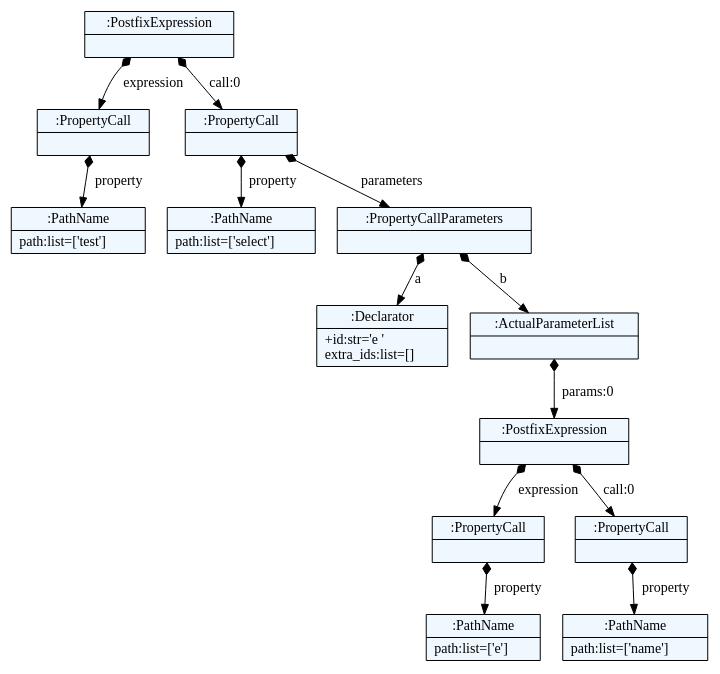
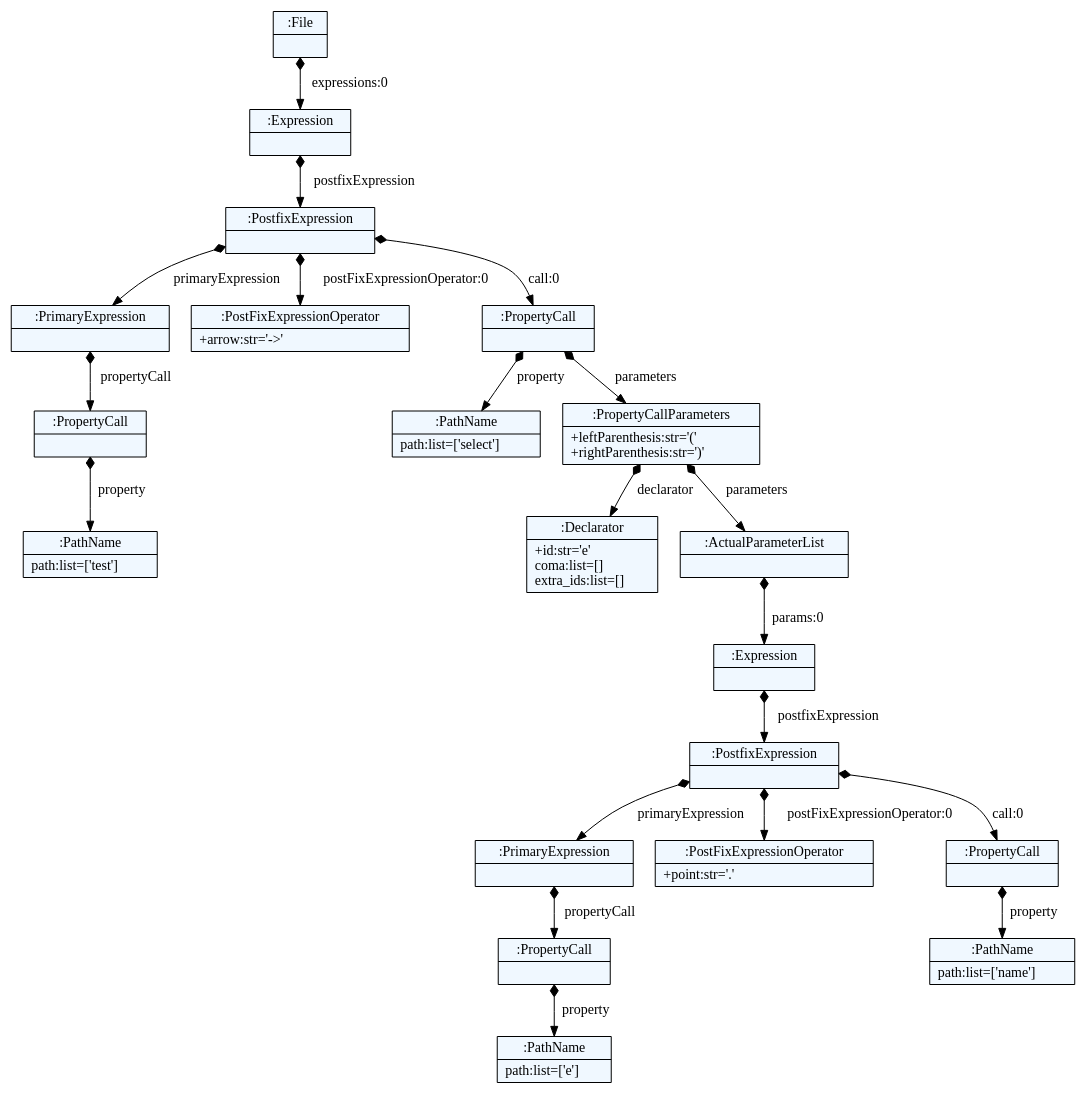
One commit to Beuchey/OCL_Python changed the diagram in Transpilation/expression.ocl.dot. Above: the diagram before and after it, drawn with Graphviz. The commit also changed 4 other files, not shown here.

```diff
--- a/Transpilation/expression.ocl.dot
+++ b/Transpilation/expression.ocl.dot
@@ -1,40 +1,54 @@
 
     digraph xtext {
     fontname = "Bitstream Vera Sans"
     fontsize = 8
     node[
         shape=record,
         style=filled,
         fillcolor=aliceblue
     ]
     nodesep = 0.3
     edge[dir=black,arrowtail=empty]
 
 
-38314128 -> 38317808 [label="expression" arrowtail=diamond dir=both]
-38317808 -> 38315760 [label="property" arrowtail=diamond dir=both]
-38315760[label="{:PathName|path:list=['test']\l}"]
-38317808[label="{:PropertyCall|}"]
-38314128 -> 38315600 [label="call:0" arrowtail=diamond dir=both]
-38315600 -> 38315888 [label="property" arrowtail=diamond dir=both]
-38315888[label="{:PathName|path:list=['select']\l}"]
-38315600 -> 38316176 [label="parameters" arrowtail=diamond dir=both]
-38316176 -> 38316272 [label="a" arrowtail=diamond dir=both]
-38316272[label="{:Declarator|+id:str='e '\lextra_ids:list=[]\l}"]
-38316176 -> 38316528 [label="b" arrowtail=diamond dir=both]
-38316528 -> 38316560 [label="params:0" arrowtail=diamond dir=both]
-38316560 -> 38316624 [label="expression" arrowtail=diamond dir=both]
-38316624 -> 38316976 [label="property" arrowtail=diamond dir=both]
-38316976[label="{:PathName|path:list=['e']\l}"]
-38316624[label="{:PropertyCall|}"]
-38316560 -> 38316592 [label="call:0" arrowtail=diamond dir=both]
-38316592 -> 38316752 [label="property" arrowtail=diamond dir=both]
-38316752[label="{:PathName|path:list=['name']\l}"]
-38316592[label="{:PropertyCall|}"]
-38316560[label="{:PostfixExpression|}"]
-38316528[label="{:ActualParameterList|}"]
-38316176[label="{:PropertyCallParameters|}"]
-38315600[label="{:PropertyCall|}"]
-38314128[label="{:PostfixExpression|}"]
+41384208 -> 41383952 [label="expressions:0" arrowtail=diamond dir=both]
+41383952 -> 41384880 [label="postfixExpression" arrowtail=diamond dir=both]
+41384880 -> 41382032 [label="primaryExpression" arrowtail=diamond dir=both]
+41382032 -> 41381936 [label="propertyCall" arrowtail=diamond dir=both]
+41381936 -> 41383184 [label="property" arrowtail=diamond dir=both]
+41383184[label="{:PathName|path:list=['test']\l}"]
+41381936[label="{:PropertyCall|}"]
+41382032[label="{:PrimaryExpression|}"]
+41384880 -> 41383152 [label="postFixExpressionOperator:0" arrowtail=diamond dir=both]
+41383152[label="{:PostFixExpressionOperator|+arrow:str='-\>'\l}"]
+41384880 -> 41382224 [label="call:0" arrowtail=diamond dir=both]
+41382224 -> 41382064 [label="property" arrowtail=diamond dir=both]
+41382064[label="{:PathName|path:list=['select']\l}"]
+41382224 -> 41383472 [label="parameters" arrowtail=diamond dir=both]
+41383472 -> 41383120 [label="declarator" arrowtail=diamond dir=both]
+41383120[label="{:Declarator|+id:str='e'\lcoma:list=[]\lextra_ids:list=[]\l}"]
+41383472 -> 41382640 [label="parameters" arrowtail=diamond dir=both]
+41382640 -> 41383984 [label="params:0" arrowtail=diamond dir=both]
+41383984 -> 41385040 [label="postfixExpression" arrowtail=diamond dir=both]
+41385040 -> 41385872 [label="primaryExpression" arrowtail=diamond dir=both]
+41385872 -> 41515888 [label="propertyCall" arrowtail=diamond dir=both]
+41515888 -> 41514608 [label="property" arrowtail=diamond dir=both]
+41514608[label="{:PathName|path:list=['e']\l}"]
+41515888[label="{:PropertyCall|}"]
+41385872[label="{:PrimaryExpression|}"]
+41385040 -> 40961072 [label="postFixExpressionOperator:0" arrowtail=diamond dir=both]
+40961072[label="{:PostFixExpressionOperator|+point:str='.'\l}"]
+41385040 -> 41513008 [label="call:0" arrowtail=diamond dir=both]
+41513008 -> 41515248 [label="property" arrowtail=diamond dir=both]
+41515248[label="{:PathName|path:list=['name']\l}"]
+41513008[label="{:PropertyCall|}"]
+41385040[label="{:PostfixExpression|}"]
+41383984[label="{:Expression|}"]
+41382640[label="{:ActualParameterList|}"]
+41383472[label="{:PropertyCallParameters|+leftParenthesis:str='('\l+rightParenthesis:str=')'\l}"]
+41382224[label="{:PropertyCall|}"]
+41384880[label="{:PostfixExpression|}"]
+41383952[label="{:Expression|}"]
+41384208[label="{:File|}"]
 
 }
```
